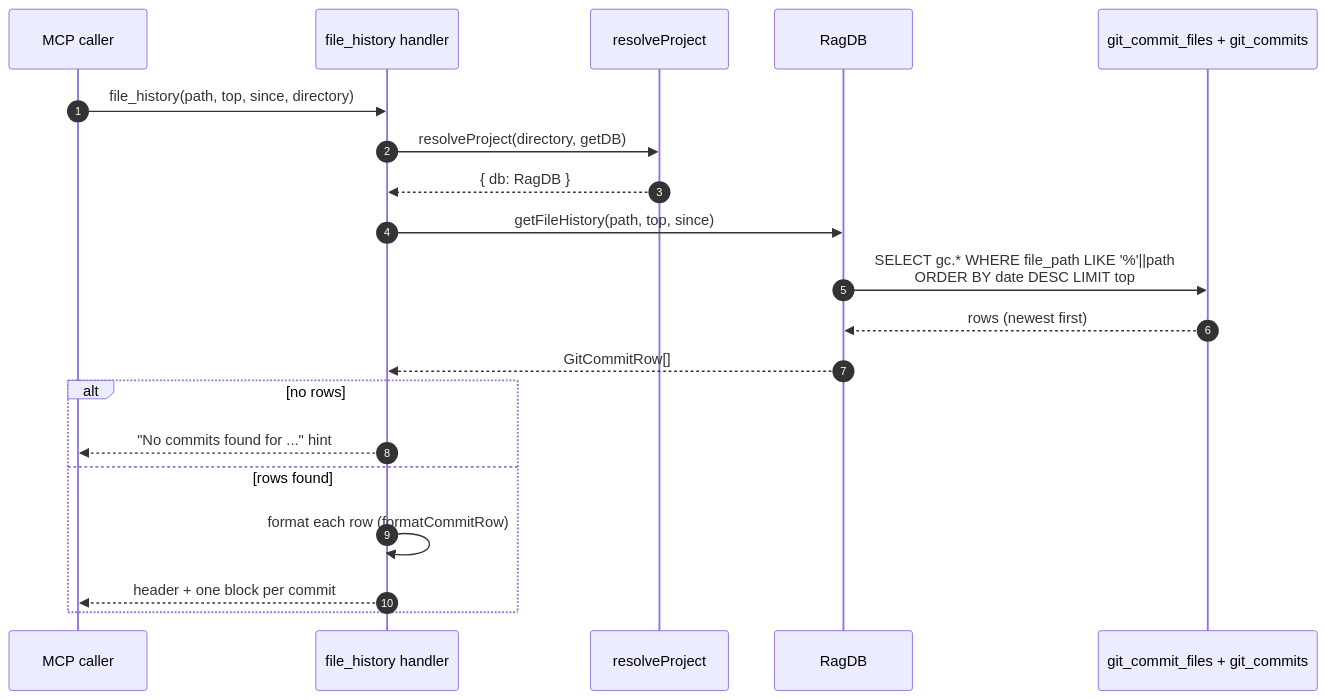
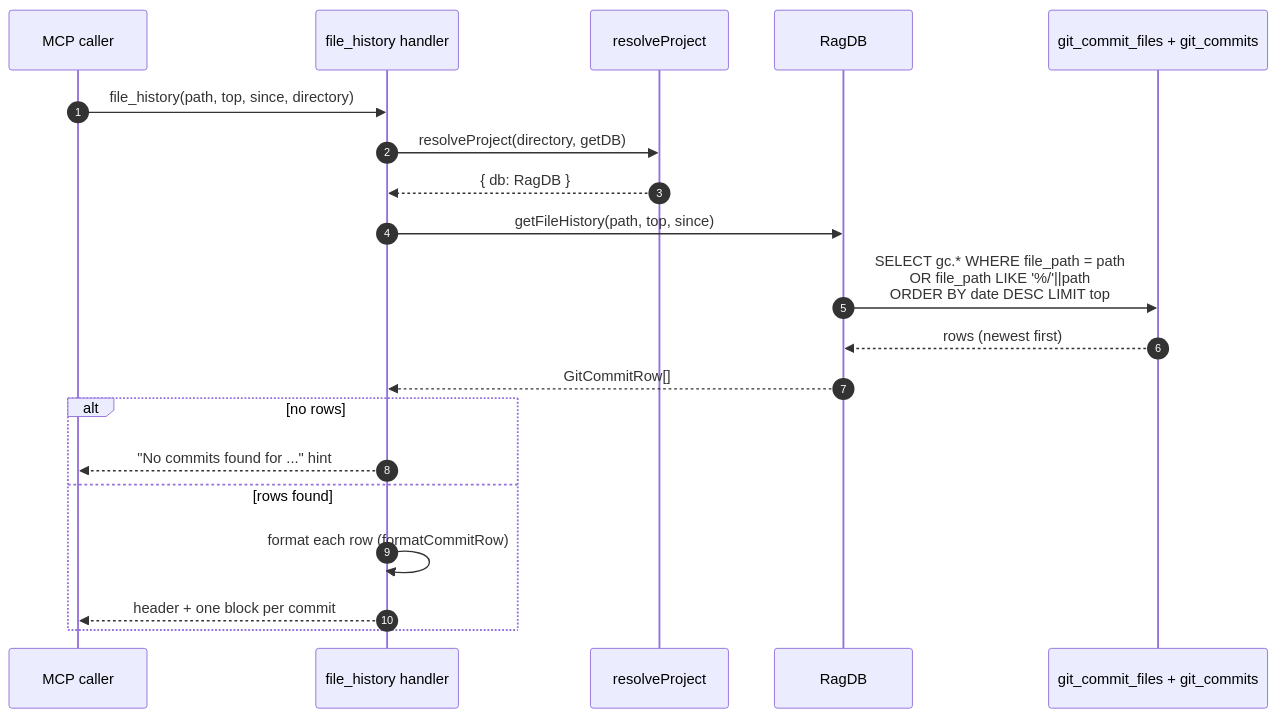
One commit to TheWinci/mimirs changed the diagram in wiki/tools/file-history.md. Above: the diagram before and after it, drawn with Mermaid. The commit also changed other lines of this file and 51 other files, not shown here.

````diff
--- a/wiki/tools/file-history.md
+++ b/wiki/tools/file-history.md
@@ -15,22 +15,22 @@
 ```mermaid
 sequenceDiagram
     autonumber
     participant Caller as MCP caller
     participant Tool as file_history handler
     participant Resolve as resolveProject
     participant RagDB
     participant SQLite as git_commit_files + git_commits
     Caller->>Tool: file_history(path, top, since, directory)
     Tool->>Resolve: resolveProject(directory, getDB)
     Resolve-->>Tool: { db: RagDB }
     Tool->>RagDB: getFileHistory(path, top, since)
-    RagDB->>SQLite: SELECT gc.* WHERE file_path LIKE '%'||path<br>ORDER BY date DESC LIMIT top
+    RagDB->>SQLite: SELECT gc.* WHERE file_path = path<br>OR file_path LIKE '%/'||path<br>ORDER BY date DESC LIMIT top
     SQLite-->>RagDB: rows (newest first)
     RagDB-->>Tool: GitCommitRow[]
     alt no rows
         Tool-->>Caller: "No commits found for ..." hint
     else rows found
         Tool->>Tool: format each row (formatCommitRow)
         Tool-->>Caller: header + one block per commit
     end
 ```
````
